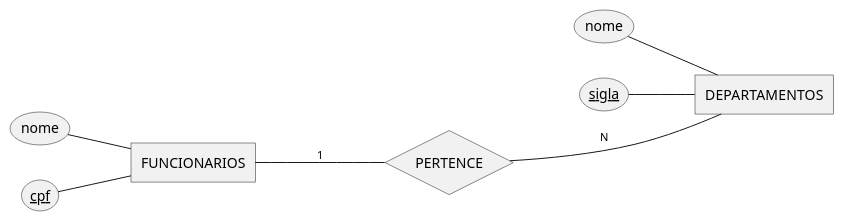
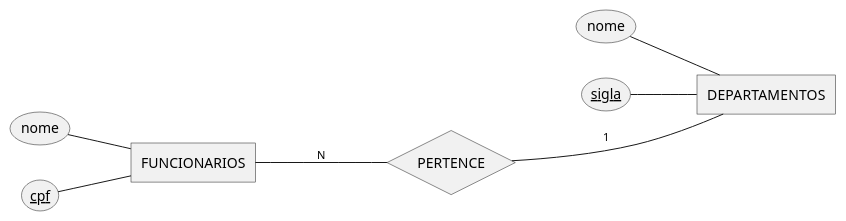
One commit to miguel7penteado/2026-1sem-ADS-BancoDeDados changed the second of 8 diagrams in 03-aula03/03-2026-03-03_Modelagem_SGBD-aula-01.Rmd. Above: the diagram before and after it, drawn with PlantUML. The commit also changed other lines of this file and 74 other files, not shown here.

````diff
--- a/03-aula03/03-2026-03-03_Modelagem_SGBD-aula-01.Rmd
+++ b/03-aula03/03-2026-03-03_Modelagem_SGBD-aula-01.Rmd
@@ -327,25 +327,25 @@
 ```{plantuml Exemplo-01-continuação, plantuml.path="images"}
 @startchen
 
 left to right direction
 
 entity FUNCIONARIOS {
   nome 
   cpf <<key>> 
 }
 
 entity DEPARTAMENTOS {
   nome 
   sigla <<key>> 
 }
 
 relationship PERTENCE {
 
 }
 
 
-FUNCIONARIOS  -1- PERTENCE
-PERTENCE      -N- DEPARTAMENTOS
+FUNCIONARIOS  -N- PERTENCE
+PERTENCE      -1- DEPARTAMENTOS
 
 @endchen
 ```
````
